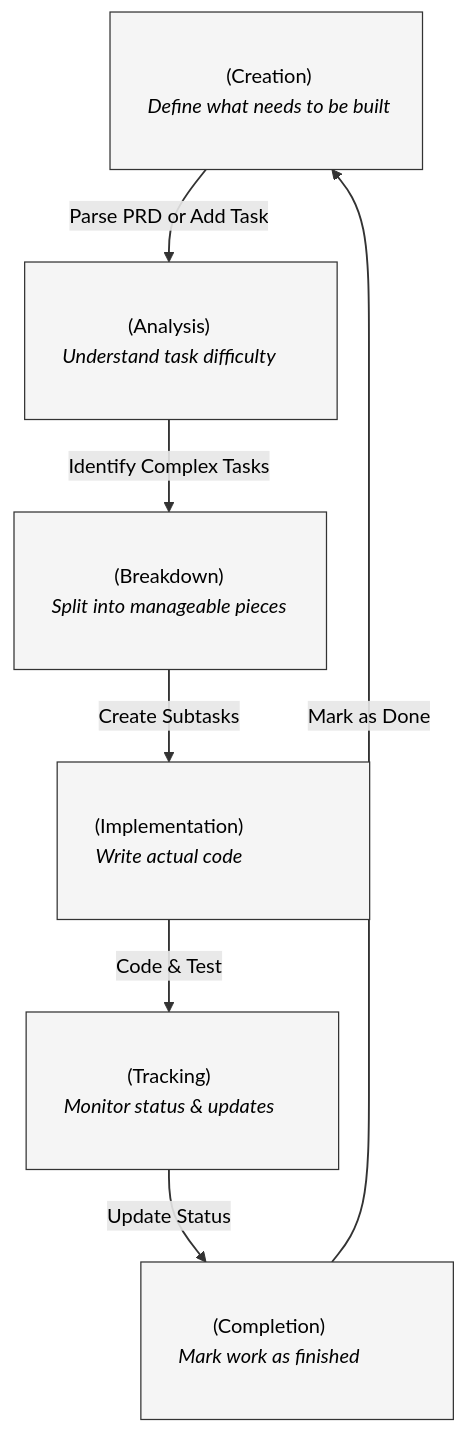
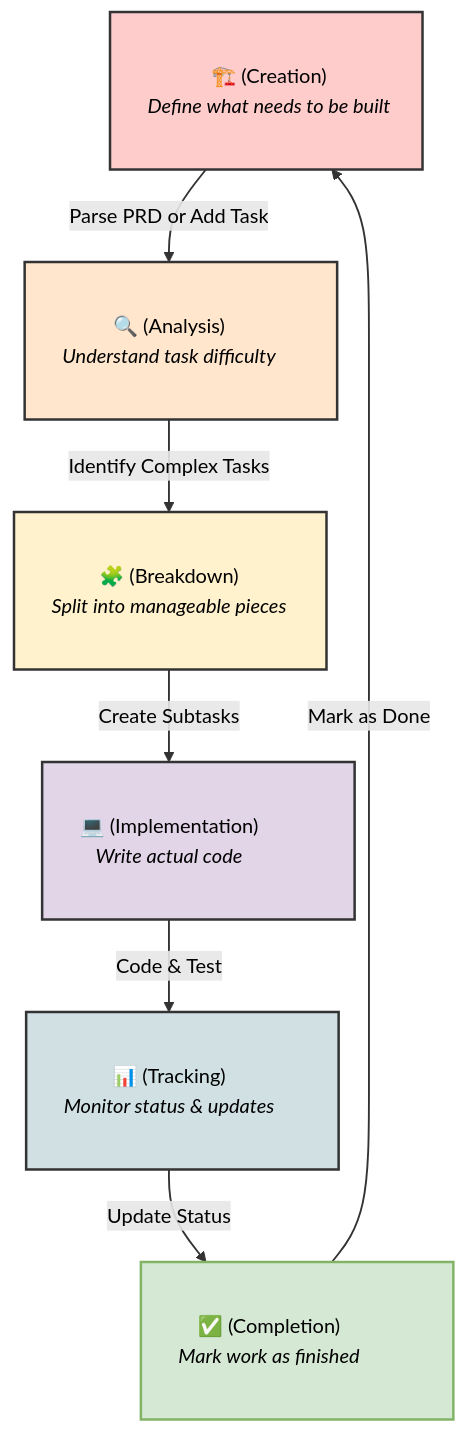
Before and after one commit to colours93/cursor_workflow: the first of 2 diagrams in docs/QUICK-START.md, drawn with Mermaid. The commit also changed other lines of this file, not shown here.

Commit message:
Add emojis and color coding to workflow diagram

````diff
--- a/docs/QUICK-START.md
+++ b/docs/QUICK-START.md
@@ -83,14 +83,25 @@
 ```mermaid
 flowchart TB
-    A["(Creation)<br><i>Define what needs to be built</i>"] -->|Parse PRD or Add Task| B["(Analysis)<br><i>Understand task difficulty</i>"]
-    B -->|Identify Complex Tasks| C["(Breakdown)<br><i>Split into manageable pieces</i>"]
-    C -->|Create Subtasks| D["(Implementation)<br><i>Write actual code</i>"]
-    D -->|Code & Test| E["(Tracking)<br><i>Monitor status & updates</i>"]
-    E -->|Update Status| F["(Completion)<br><i>Mark work as finished</i>"]
+    A["🏗️ (Creation)<br><i>Define what needs to be built</i>"] -->|Parse PRD or Add Task| B["🔍 (Analysis)<br><i>Understand task difficulty</i>"]
+    B -->|Identify Complex Tasks| C["🧩 (Breakdown)<br><i>Split into manageable pieces</i>"]
+    C -->|Create Subtasks| D["💻 (Implementation)<br><i>Write actual code</i>"]
+    D -->|Code & Test| E["📊 (Tracking)<br><i>Monitor status & updates</i>"]
+    E -->|Update Status| F["✅ (Completion)<br><i>Mark work as finished</i>"]
     F -->|Mark as Done| A
     
-    classDef stateStyle fill:#f5f5f5,stroke:#333,stroke-width:1px,color:black,width:250px,padding:10px,border-radius:8px
-    class A,B,C,D,E,F stateStyle
+    classDef creation fill:#ffcccc,stroke:#333,stroke-width:2px,color:black,width:250px,padding:10px,border-radius:8px
+    classDef analysis fill:#ffe6cc,stroke:#333,stroke-width:2px,color:black,width:250px,padding:10px,border-radius:8px
+    classDef breakdown fill:#fff2cc,stroke:#333,stroke-width:2px,color:black,width:250px,padding:10px,border-radius:8px
+    classDef implementation fill:#e1d5e7,stroke:#333,stroke-width:2px,color:black,width:250px,padding:10px,border-radius:8px
+    classDef tracking fill:#d0e0e3,stroke:#333,stroke-width:2px,color:black,width:250px,padding:10px,border-radius:8px
+    classDef completion fill:#d5e8d4,stroke:#82b366,stroke-width:2px,color:black,width:250px,padding:10px,border-radius:8px
+    
+    class A creation
+    class B analysis
+    class C breakdown
+    class D implementation
+    class E tracking
+    class F completion
     
     linkStyle default stroke:#333,stroke-width:1.5px,color:black
 ```
````
